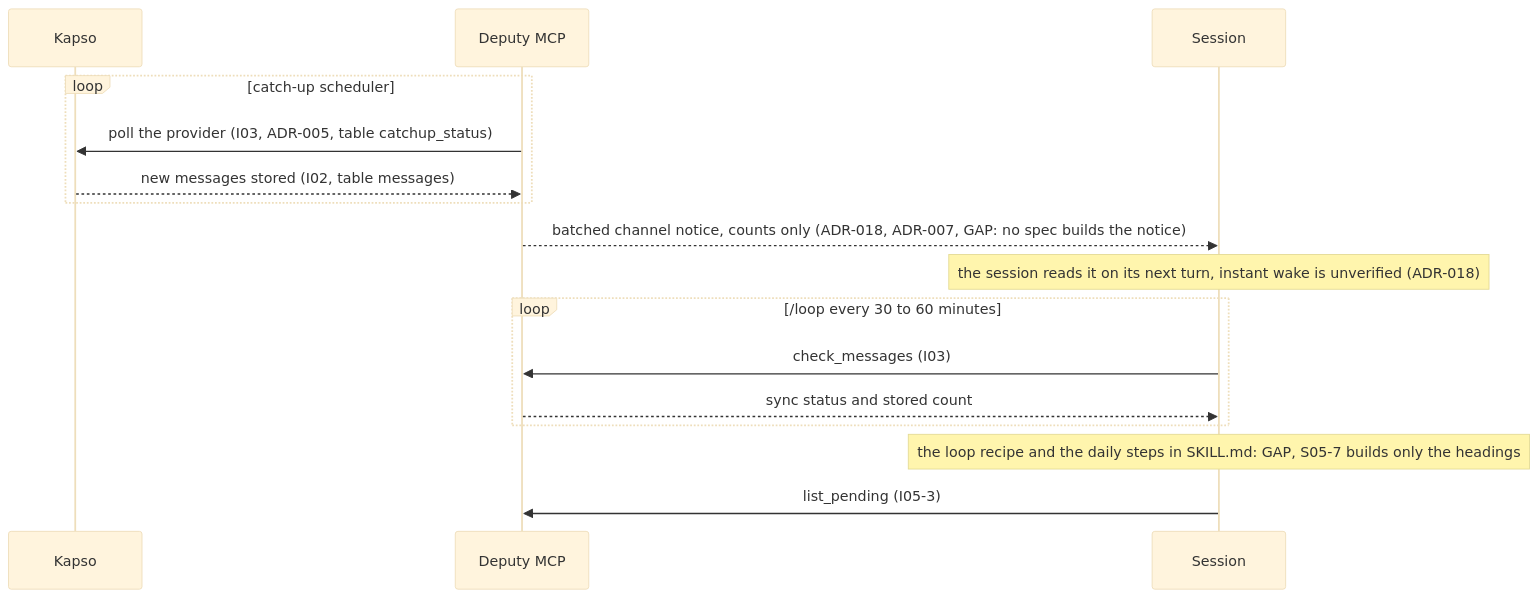
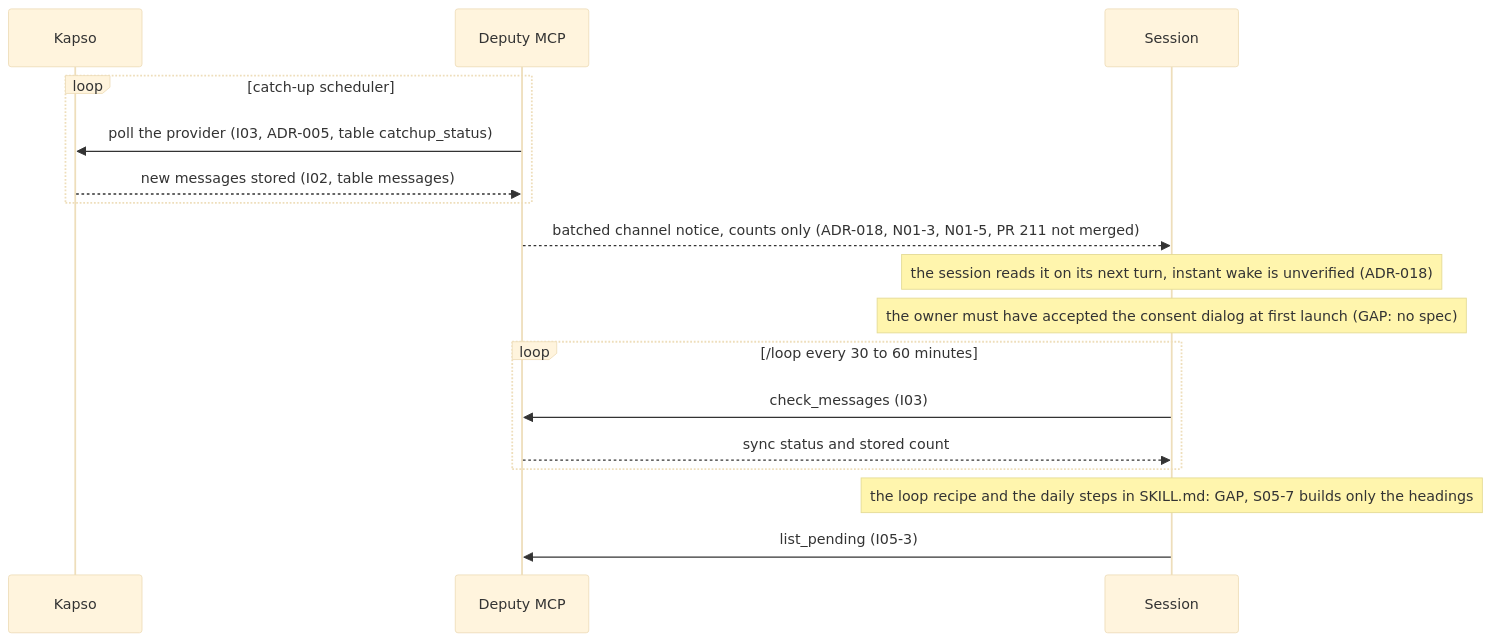
Before and after one commit to antonygiomarxdev/deputy: diagram 11 of 15 in docs/tp-detail/TP-pilot-end-to-end.md, drawn with Mermaid (base theme). The commit also changed other lines of this file, not shown here.

Commit message:
docs: restart before adoption, GAP marks for wiring, always-ask, counts and consent

````diff
--- a/docs/tp-detail/TP-pilot-end-to-end.md
+++ b/docs/tp-detail/TP-pilot-end-to-end.md
@@ -255,18 +257,19 @@
 ```mermaid
 sequenceDiagram
   participant K as Kapso
   participant M as Deputy MCP
   participant S as Session
   loop catch-up scheduler
     M->>K: poll the provider (I03, ADR-005, table catchup_status)
     K-->>M: new messages stored (I02, table messages)
   end
-  M-->>S: batched channel notice, counts only (ADR-018, ADR-007, GAP: no spec builds the notice)
+  M-->>S: batched channel notice, counts only (ADR-018, N01-3, N01-5, PR 211 not merged)
   Note over S: the session reads it on its next turn, instant wake is unverified (ADR-018)
+  Note over S: the owner must have accepted the consent dialog at first launch (GAP: no spec)
   loop /loop every 30 to 60 minutes
     S->>M: check_messages (I03)
     M-->>S: sync status and stored count
   end
   Note over S: the loop recipe and the daily steps in SKILL.md: GAP, S05-7 builds only the headings
   S->>M: list_pending (I05-3)
 ```
````
